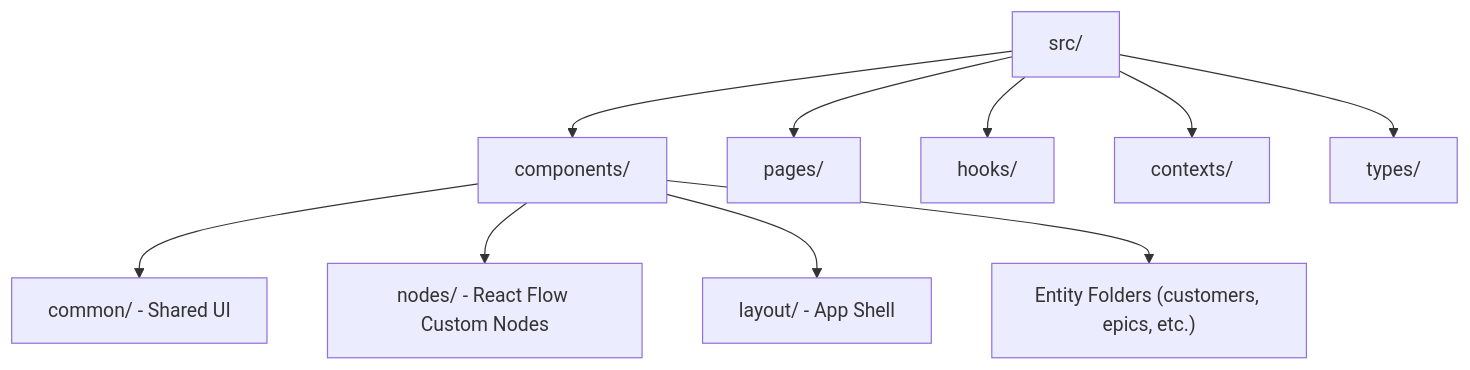
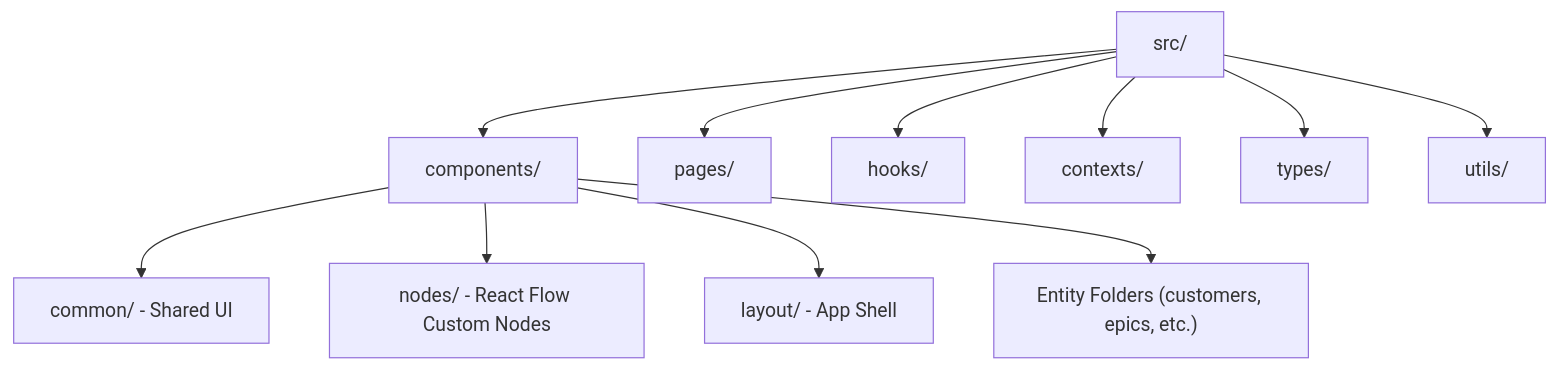
One commit to AlesKracik/ValueStream-DependencyTree changed the third of 5 diagrams in doc/ARCHITECTURE.md. Above: the diagram before and after it, drawn with Mermaid. The commit also changed other lines of this file and 5 other files, not shown here.

````diff
--- a/doc/ARCHITECTURE.md
+++ b/doc/ARCHITECTURE.md
@@ -94,20 +96,22 @@
 ```mermaid
 graph TD
     src[src/]
     components[components/]
     pages[pages/]
     hooks[hooks/]
     contexts[contexts/]
     types[types/]
+    utils[utils/]
 
     src --> components
     src --> pages
     src --> hooks
     src --> contexts
     src --> types
+    src --> utils
 
     components --> common["common/ - Shared UI"]
     components --> nodes["nodes/ - React Flow Custom Nodes"]
     components --> layout["layout/ - App Shell"]
     components --> entity["Entity Folders (customers, epics, etc.)"]
 ```
````
